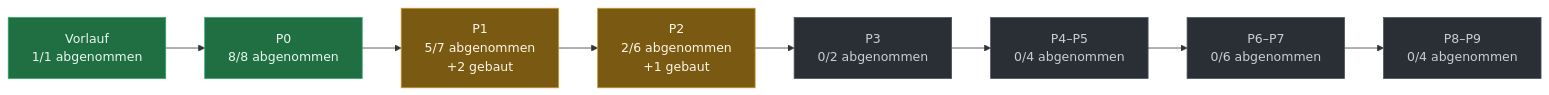
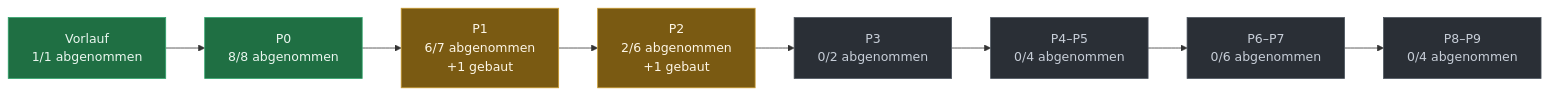
The diagram in docs/PLAN-STAND.md (evenacadia-tech/Nakama), drawn with Mermaid before and after one commit. The commit also changed other lines of this file and 2 other files, not shown here.

````diff
--- a/docs/PLAN-STAND.md
+++ b/docs/PLAN-STAND.md
@@ -40,21 +40,21 @@
 ```mermaid
 flowchart LR
   P0["Vorlauf<br/>1/1 abgenommen"]:::fertig
   P1["P0<br/>8/8 abgenommen"]:::fertig
   P0 --> P1
-  P2["P1<br/>5/7 abgenommen<br/>+2 gebaut"]:::laeuft
+  P2["P1<br/>6/7 abgenommen<br/>+1 gebaut"]:::laeuft
   P1 --> P2
   P3["P2<br/>2/6 abgenommen<br/>+1 gebaut"]:::laeuft
   P2 --> P3
   P4["P3<br/>0/2 abgenommen"]:::offen
   P3 --> P4
   P5["P4–P5<br/>0/4 abgenommen"]:::offen
   P4 --> P5
   P6["P6–P7<br/>0/6 abgenommen"]:::offen
   P5 --> P6
   P7["P8–P9<br/>0/4 abgenommen"]:::offen
   P6 --> P7
   classDef fertig fill:#1f6f43,stroke:#2ea36a,color:#eaf6ef
   classDef laeuft fill:#7a5a12,stroke:#c99a2e,color:#fdf6e6
   classDef offen  fill:#2a2f36,stroke:#4a525c,color:#c7ced8
 ```
````
